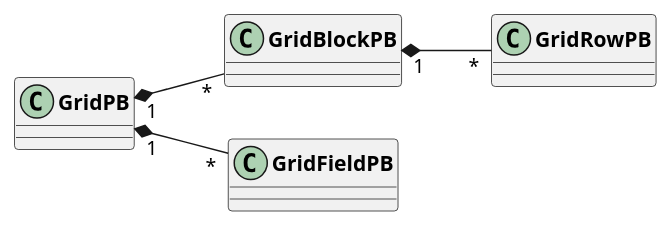
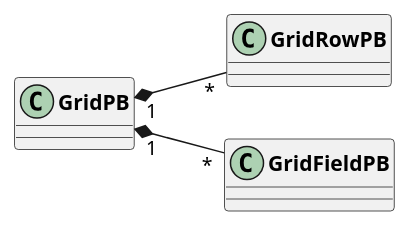
Before and after one commit to AppFlowy-IO/AppFlowy-Docs: the diagram in uml/dart_classes/grid.plantuml, drawn with PlantUML. The commit also changed 5 other files, not shown here.

Commit message:
chore: update diagrams

```diff
--- a/uml/dart_classes/grid.plantuml
+++ b/uml/dart_classes/grid.plantuml
@@ -1,12 +1,10 @@
 @startuml
 skinparam classFontStyle Bold
 skinparam ActivityBackgroundColor Silver
 skinparam ActivityBorderColor DimGray
 left to right direction
 
-GridPB  "1" *-- "*" GridBlockPB
+GridPB  "1" *-- "*" GridRowPB
 GridPB  "1" *-- "*" GridFieldPB
-GridBlockPB "1" *-- "*" GridRowPB
-
 
 @enduml
```
